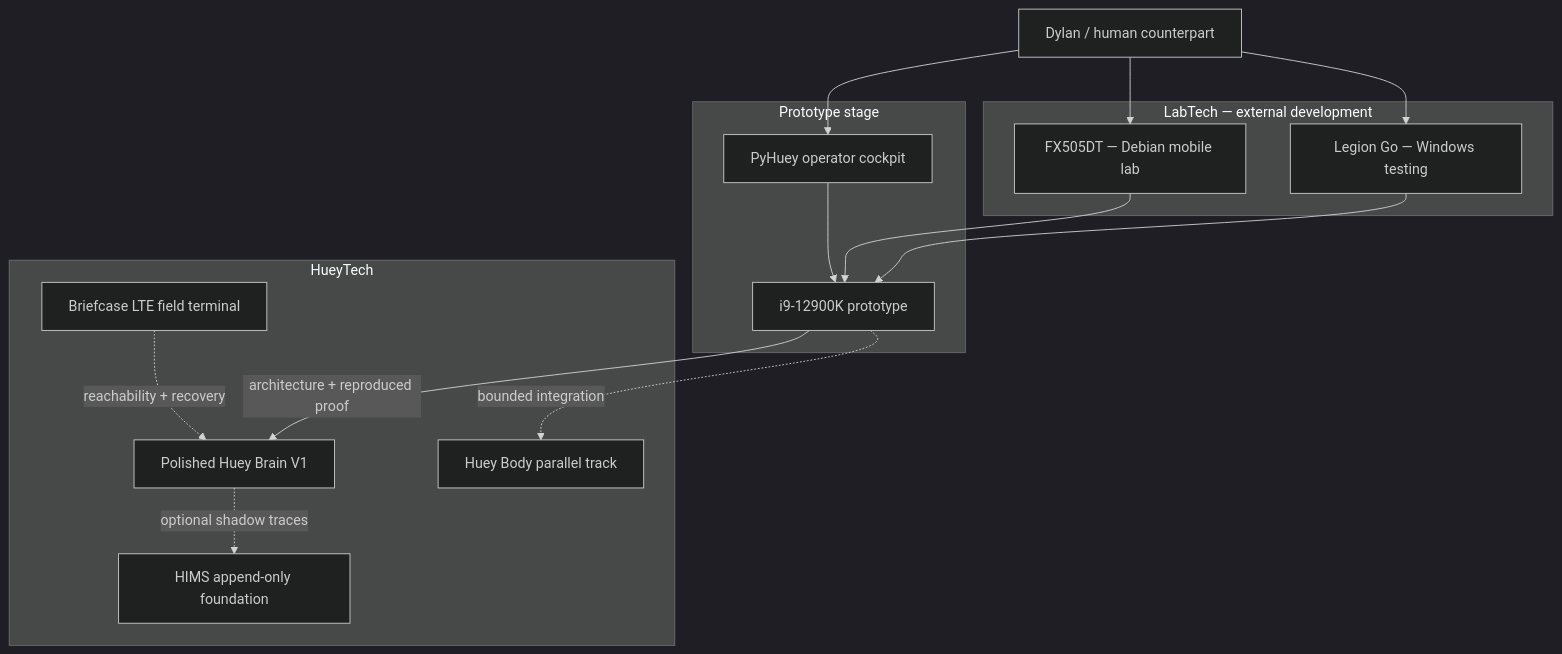
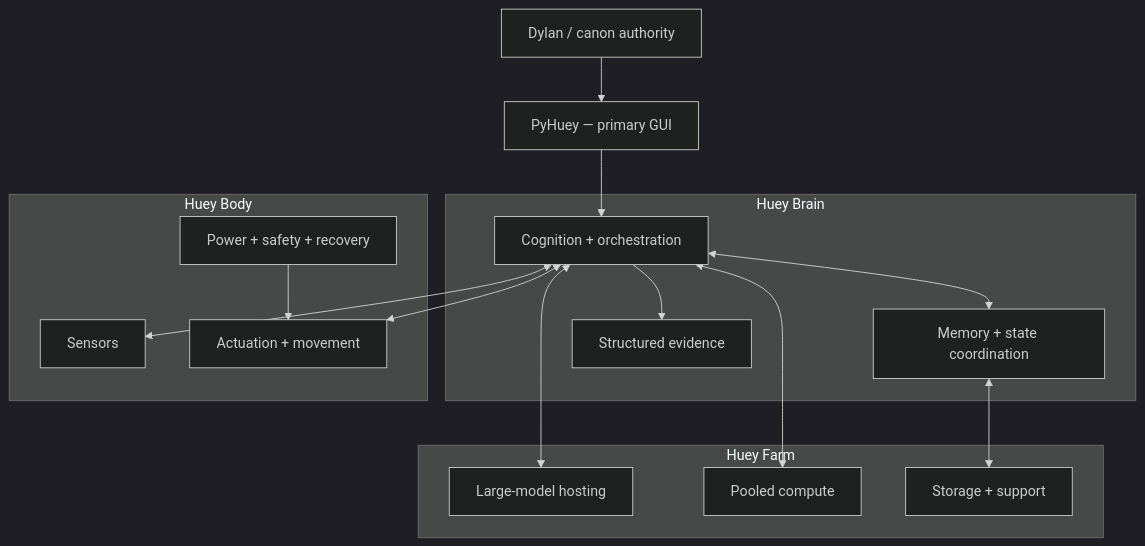
One commit to DylanLRPollock/Monkey-Head-Project changed the first of 2 diagrams in README.md. Above: the diagram before and after it, drawn with Mermaid (dark theme). The commit also changed other lines of this file, not shown here.

Commit message:
Align README with v120.3 architecture

````diff
--- a/README.md
+++ b/README.md
@@ -119,32 +99,34 @@
 ```mermaid
 flowchart TB
-    D["Dylan / human counterpart"]
+    D["Dylan / canon authority"]
+    PY["PyHuey — primary GUI"]
 
-    subgraph LAB["LabTech — external development"]
-        FX["FX505DT — Debian mobile lab"]
-        LG["Legion Go — Windows testing"]
+    subgraph BRAIN["Huey Brain"]
+        COG["Cognition + orchestration"]
+        MEM["Memory + state coordination"]
+        LOG["Structured evidence"]
     end
 
-    subgraph PROTOTYPE["Prototype stage"]
-        PY["PyHuey operator cockpit"]
-        P["i9-12900K prototype"]
+    subgraph BODY["Huey Body"]
+        SEN["Sensors"]
+        ACT["Actuation + movement"]
+        SAFE["Power + safety + recovery"]
     end
 
-    subgraph HUEYTECH["HueyTech"]
-        B["Polished Huey Brain V1"]
-        BODY["Huey Body parallel track"]
-        BC["Briefcase LTE field terminal"]
-        HIMS["HIMS append-only foundation"]
+    subgraph FARM["Huey Farm"]
+        MOD["Large-model hosting"]
+        GPU["Pooled compute"]
+        STO["Storage + support"]
     end
 
     D --> PY
-    D --> FX
-    D --> LG
-    PY --> P
-    FX --> P
-    LG --> P
-    P -->|"architecture + reproduced proof"| B
-    P -. "bounded integration" .-> BODY
-    BC -. "reachability + recovery" .-> B
-    B -. "optional shadow traces" .-> HIMS
+    PY --> COG
+    COG <--> MEM
+    COG --> LOG
+    COG <--> SEN
+    COG <--> ACT
+    SAFE --> ACT
+    COG <--> MOD
+    COG <--> GPU
+    MEM <--> STO
 ```
````
